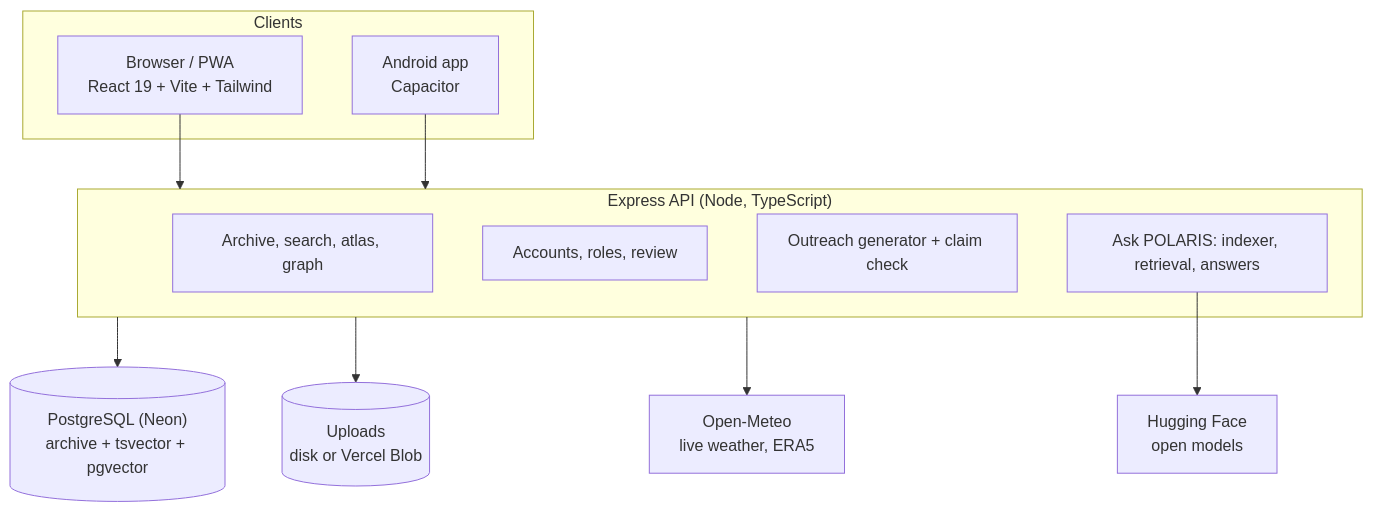
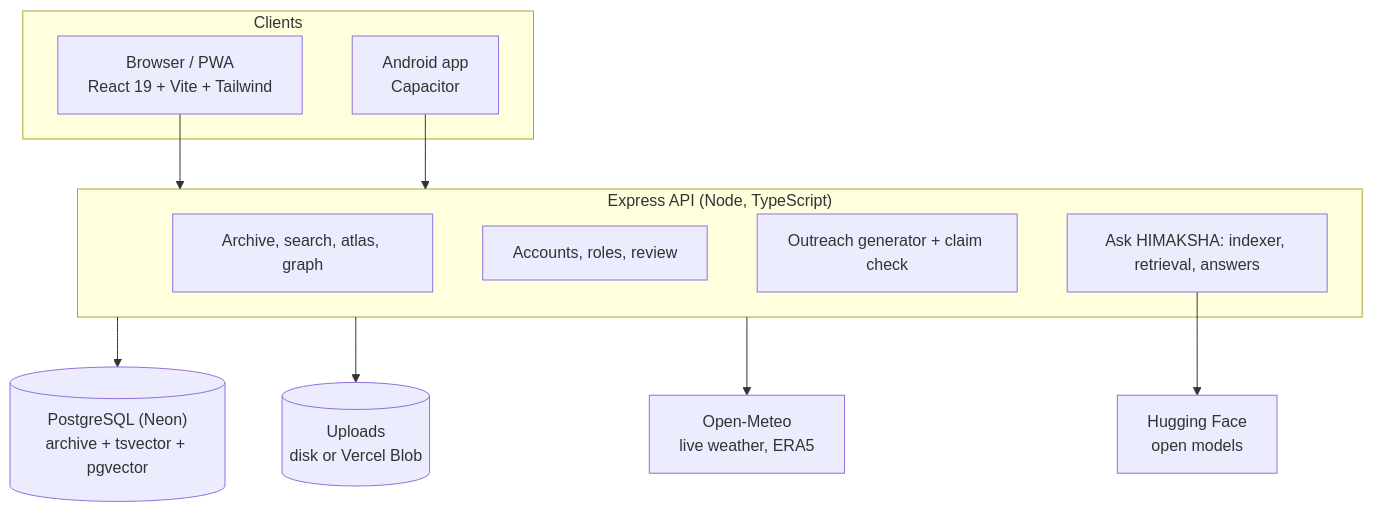
One commit to ScholarlyAdeeb/POLARIS changed the third of 3 diagrams in README.md. Above: the diagram before and after it, drawn with Mermaid. The commit also changed other lines of this file and 52 other files, not shown here.

First line of the commit message:
Rename to HIMAKSHA (codename POLARIS)

````diff
--- a/README.md
+++ b/README.md
@@ -237,19 +239,19 @@
 ```mermaid
 flowchart TB
     subgraph Clients
       B["Browser / PWA<br/>React 19 + Vite + Tailwind"]
       A["Android app<br/>Capacitor"]
     end
     subgraph Server["Express API (Node, TypeScript)"]
       S1["Archive, search, atlas, graph"]
       S2["Accounts, roles, review"]
       S3["Outreach generator + claim check"]
-      S4["Ask POLARIS: indexer, retrieval, answers"]
+      S4["Ask HIMAKSHA: indexer, retrieval, answers"]
     end
     B --> Server
     A --> Server
     Server --> DB[("PostgreSQL (Neon)<br/>archive + tsvector + pgvector")]
     Server --> FS[("Uploads<br/>disk or Vercel Blob")]
     S4 --> HF["Hugging Face<br/>open models"]
     Server --> OM["Open-Meteo<br/>live weather, ERA5"]
 ```
````
